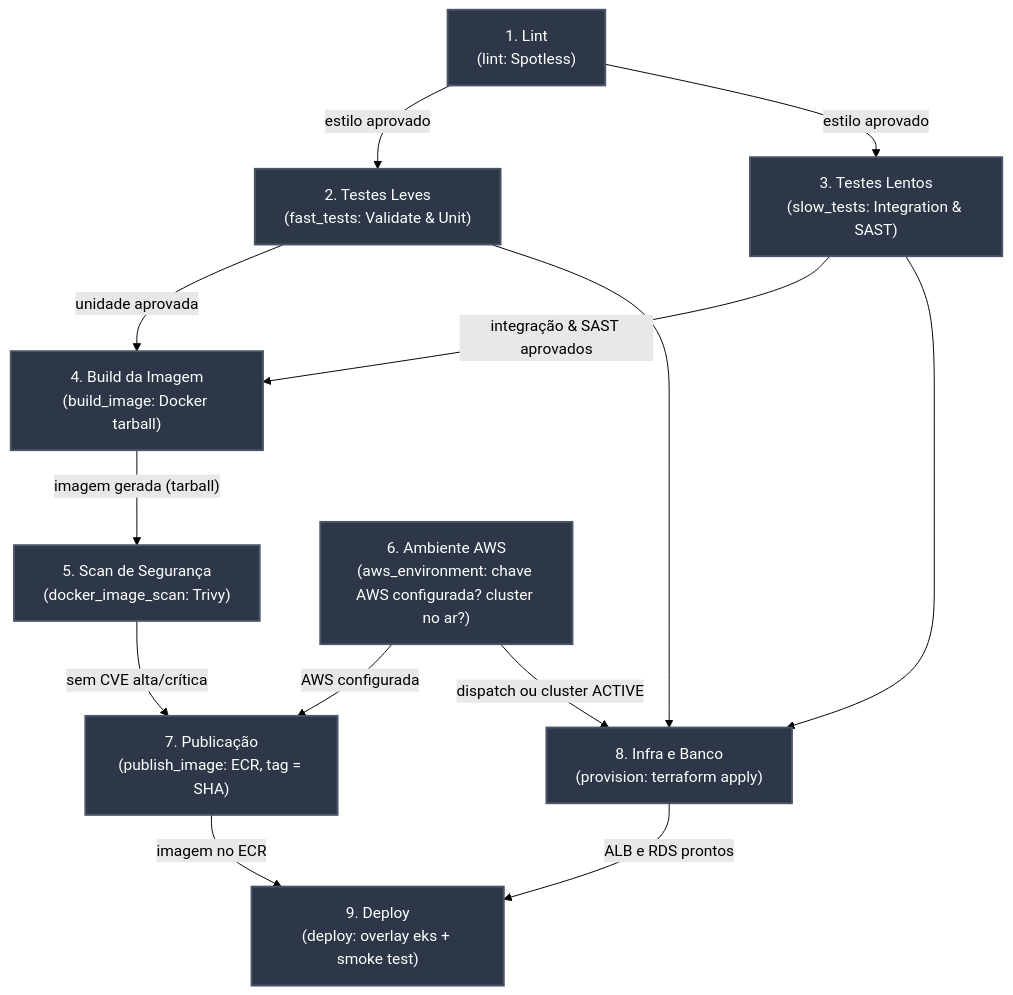
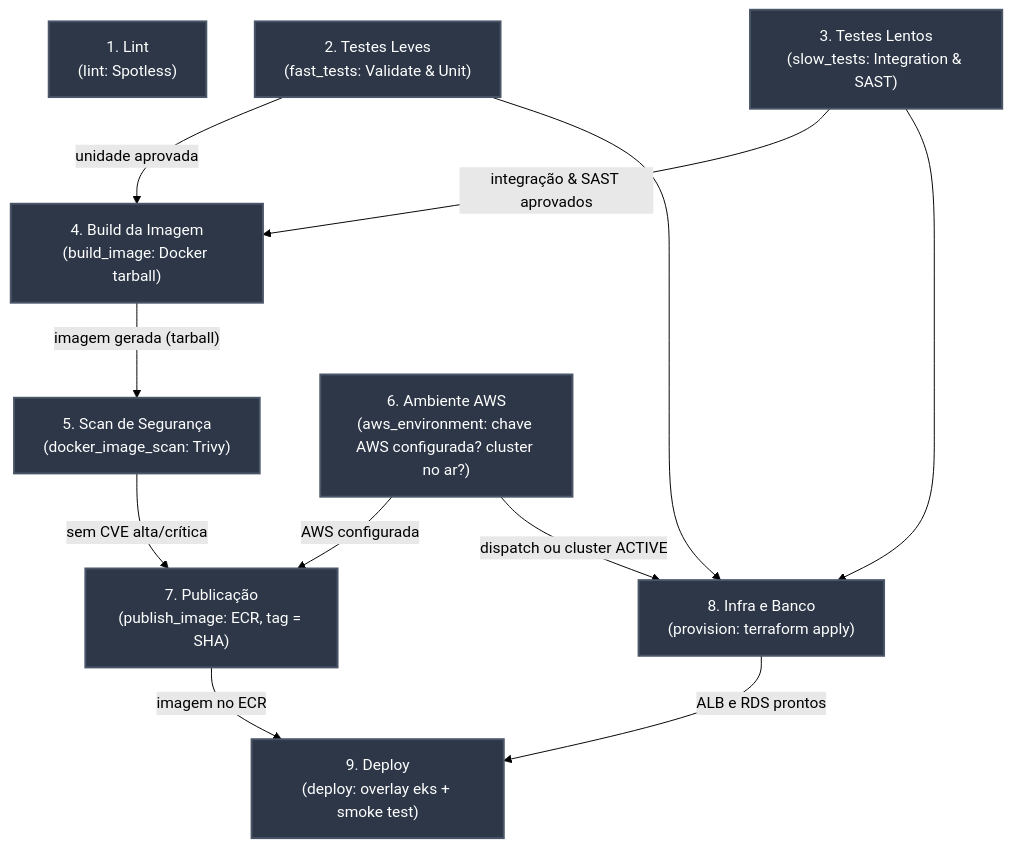
One commit to gabsevamac/JACAFI-FIAP_Tech-Challenge_01 changed the diagram in docs/cicd/pipeline-ci.md. Above: the diagram before and after it, drawn with Mermaid (forest theme). The commit also changed other lines of this file and 10 other files, not shown here.

````diff
--- a/docs/cicd/pipeline-ci.md
+++ b/docs/cicd/pipeline-ci.md
@@ -23,28 +23,26 @@
 ```mermaid
 graph TD
     lint["1. Lint\n(lint: Spotless)"]
     fast["2. Testes Leves\n(fast_tests: Validate & Unit)"]
     slow["3. Testes Lentos\n(slow_tests: Integration & SAST)"]
     build["4. Build da Imagem\n(build_image: Docker tarball)"]
     scan["5. Scan de Segurança\n(docker_image_scan: Trivy)"]
     gate["6. Ambiente AWS\n(aws_environment: chave AWS configurada? cluster no ar?)"]
     publish["7. Publicação\n(publish_image: ECR, tag = SHA)"]
     provision["8. Infra e Banco\n(provision: terraform apply)"]
     deploy["9. Deploy\n(deploy: overlay eks + smoke test)"]
 
-    lint --> |"estilo aprovado"| fast
-    lint --> |"estilo aprovado"| slow
     fast --> |"unidade aprovada"| build
     slow --> |"integração & SAST aprovados"| build
     build --> |"imagem gerada (tarball)"| scan
     scan --> |"sem CVE alta/crítica"| publish
     gate --> |"AWS configurada"| publish
     fast --> provision
     slow --> provision
     gate --> |"dispatch ou cluster ACTIVE"| provision
     publish --> |"imagem no ECR"| deploy
     provision --> |"ALB e RDS prontos"| deploy
 
     classDef jobStyle fill:#2d3748,stroke:#4a5568,stroke-width:2px,color:#fff;
     class lint,fast,slow,build,scan,gate,publish,provision,deploy jobStyle;
 ```
````
